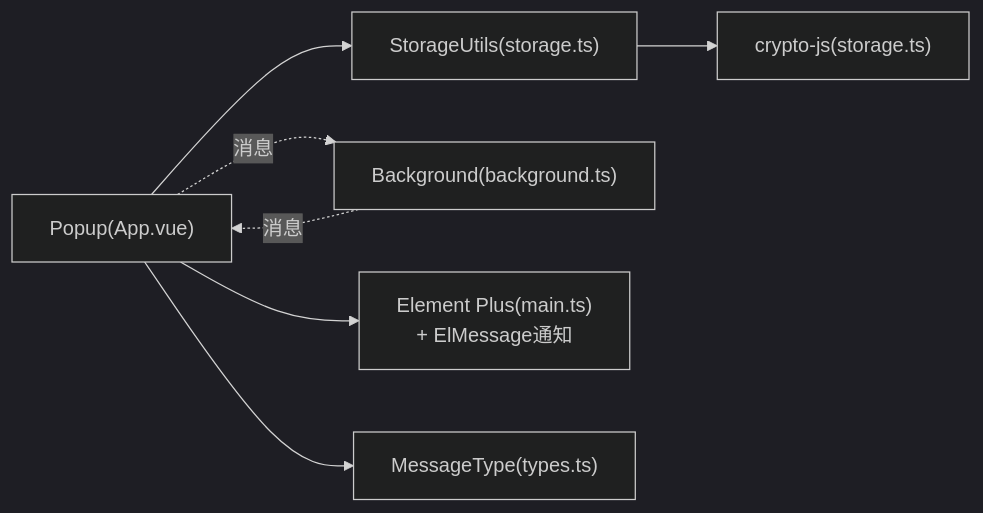
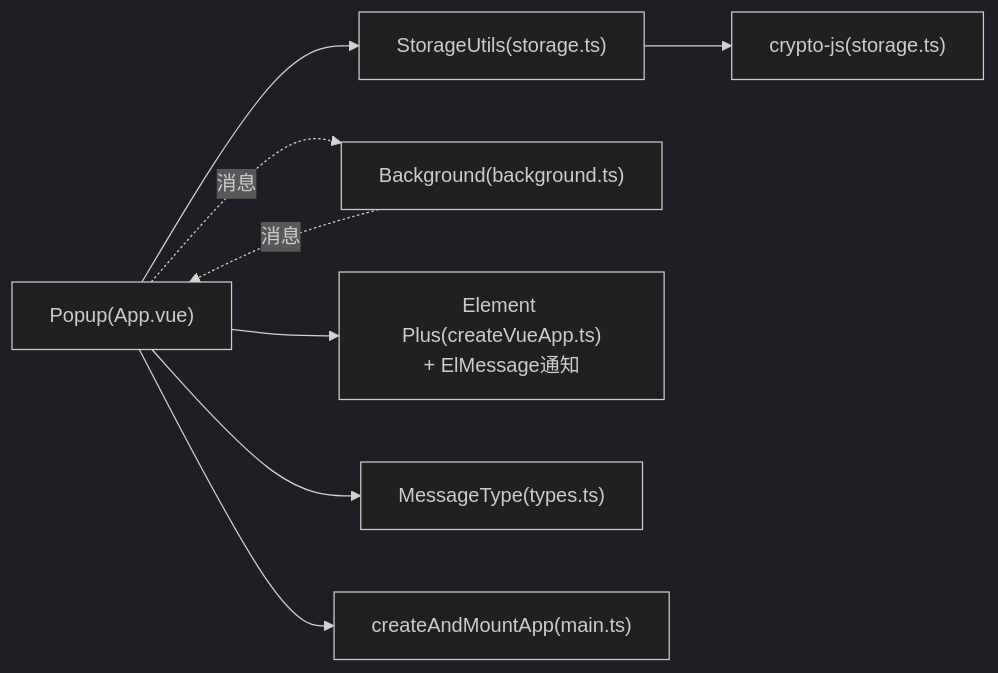
Before and after one commit to liaolongdong/account-password-helper: the fifth of 5 diagrams in .qoder/repowiki/zh/content/扩展入口点/Popup Interface.md, drawn with Mermaid (dark theme). The commit also changed other lines of this file and 1 other file, not shown here.

````diff
--- a/.qoder/repowiki/zh/content/扩展入口点/Popup Interface.md
+++ b/.qoder/repowiki/zh/content/扩展入口点/Popup Interface.md
@@ -269,9 +294,10 @@
 ```mermaid
 graph LR
 P["Popup(App.vue)"] --> S["StorageUtils(storage.ts)"]
 P -.消息.-> B["Background(background.ts)"]
 B -.消息.-> P
-P --> E["Element Plus(main.ts)<br/>+ ElMessage通知"]
+P --> E["Element Plus(createVueApp.ts)<br/>+ ElMessage通知"]
 S --> C["crypto-js(storage.ts)"]
 P --> T["MessageType(types.ts)"]
+P --> F["createAndMountApp(main.ts)"]
 ```
````
